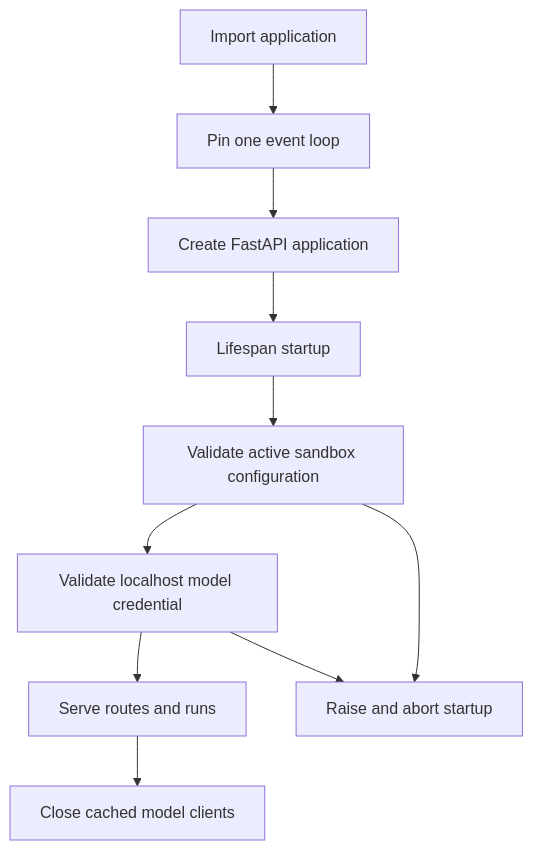
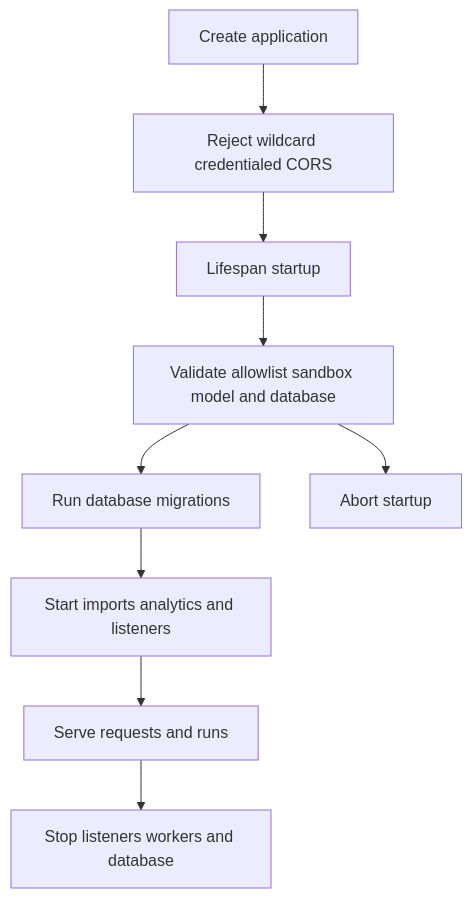
Before and after one commit to langchain-ai/open-swe: the first of 2 diagrams in openwiki/operations/configuration.md, drawn with Mermaid. The commit also changed other lines of this file and 51 other files, not shown here.

````diff
--- a/openwiki/operations/configuration.md
+++ b/openwiki/operations/configuration.md
@@ -66,12 +62,11 @@
 ```mermaid
 flowchart TD
-    Init["Import application"] --> Pin["Pin one event loop"]
-    Pin --> Build["Create FastAPI application"]
-    Build --> Start["Lifespan startup"]
-    Start --> CheckSandbox["Validate active sandbox configuration"]
-    CheckSandbox --> CheckModel["Validate localhost model credential"]
-    CheckModel --> Serve["Serve routes and runs"]
-    CheckSandbox --> Stop["Raise and abort startup"]
-    CheckModel --> Stop
-    Serve --> Close["Close cached model clients"]
+    Compose["Create application"] --> CORS["Reject wildcard credentialed CORS"]
+    CORS --> Life["Lifespan startup"]
+    Life --> Gates["Validate allowlist sandbox model and database"]
+    Gates --> Migrate["Run database migrations"]
+    Migrate --> Optional["Start imports analytics and listeners"]
+    Optional --> Serve["Serve requests and runs"]
+    Gates --> Abort["Abort startup"]
+    Serve --> Shutdown["Stop listeners workers and database"]
 ```
````
